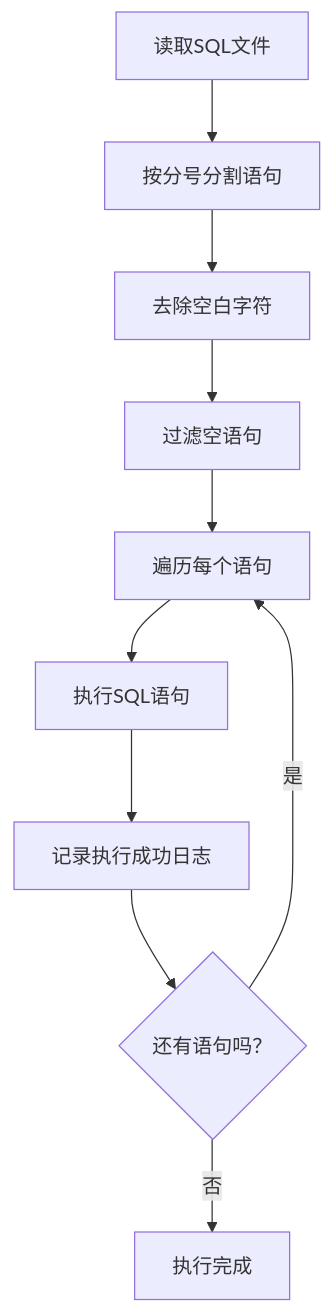
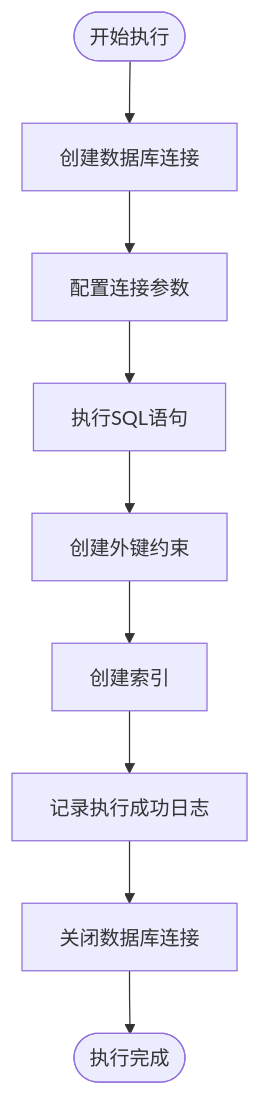
The fourth of 8 diagrams in .qoder/repowiki/zh/content/数据库初始化.md (lane6008/fileTest), drawn with Mermaid before and after one commit. The commit also changed other lines of this file and 7 other files, not shown here.

````diff
--- a/.qoder/repowiki/zh/content/数据库初始化.md
+++ b/.qoder/repowiki/zh/content/数据库初始化.md
@@ -179,12 +246,11 @@
 ```mermaid
 flowchart TD
-ReadFile["读取SQL文件"] --> SplitSemicolon["按分号分割语句"]
-SplitSemicolon --> TrimSpaces["去除空白字符"]
-TrimSpaces --> FilterEmpty["过滤空语句"]
-FilterEmpty --> LoopStmts["遍历每个语句"]
-LoopStmts --> ExecuteStmt["执行SQL语句"]
-ExecuteStmt --> LogSuccess["记录执行成功日志"]
-LogSuccess --> NextStmt{"还有语句吗？"}
-NextStmt --> |是| LoopStmts
-NextStmt --> |否| Complete["执行完成"]
+Start([开始执行]) --> CreateConn["创建数据库连接"]
+CreateConn --> ConfigConn["配置连接参数"]
+ConfigConn --> ExecuteSQL["执行SQL语句"]
+ExecuteSQL --> CreateFK["创建外键约束"]
+CreateFK --> CreateIndex["创建索引"]
+CreateIndex --> LogSuccess["记录执行成功日志"]
+LogSuccess --> CloseConn["关闭数据库连接"]
+CloseConn --> End([执行完成])
 ```
````
